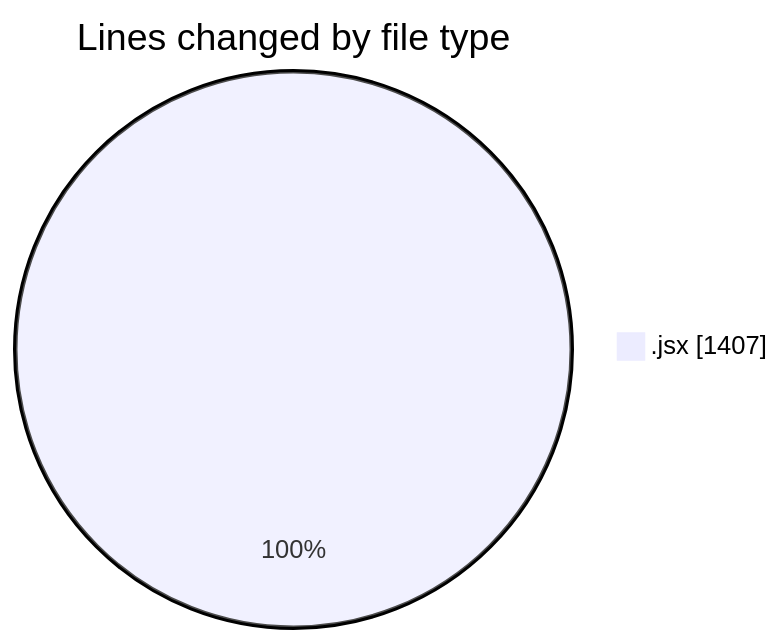
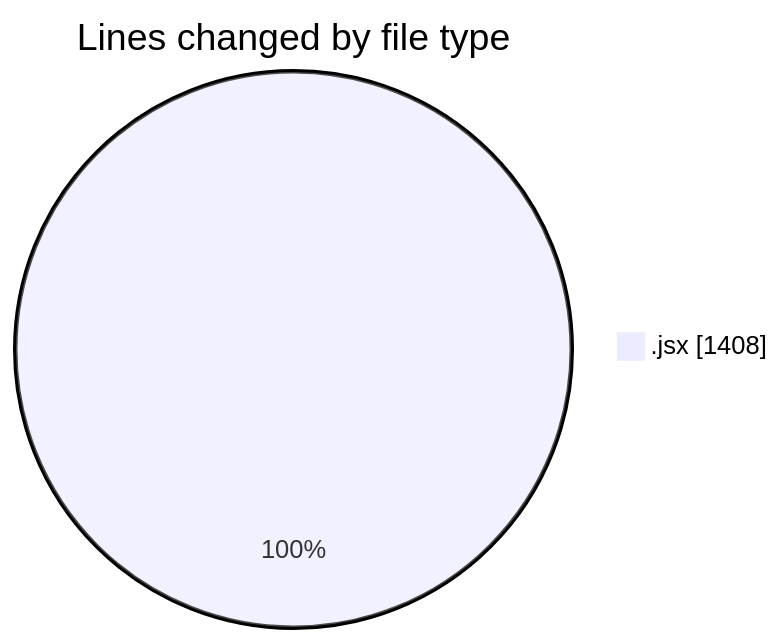
One commit to nxtqubesakshisongat/code-tracking changed the first of 2 diagrams in 2025-06-04/nxtqube_webapp/README.md. Above: the diagram before and after it, drawn with Mermaid. The commit also changed other lines of this file and 1 other file, not shown here.

````diff
--- a/2025-06-04/nxtqube_webapp/README.md
+++ b/2025-06-04/nxtqube_webapp/README.md
@@ -21,5 +21,5 @@
 ```mermaid
 pie showData
 title Lines changed by file type
-".jsx" : 1407
+".jsx" : 1408
 ```
````
